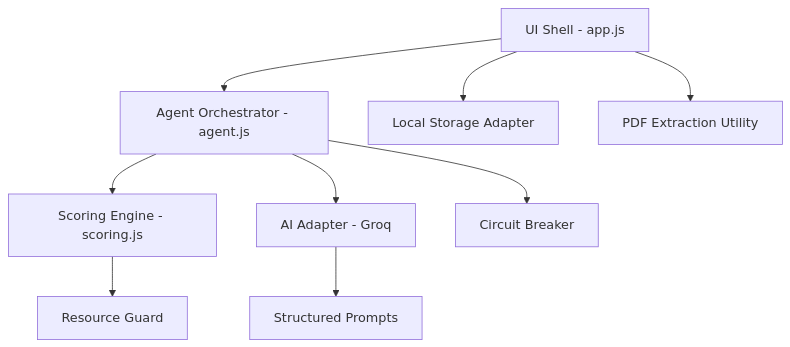
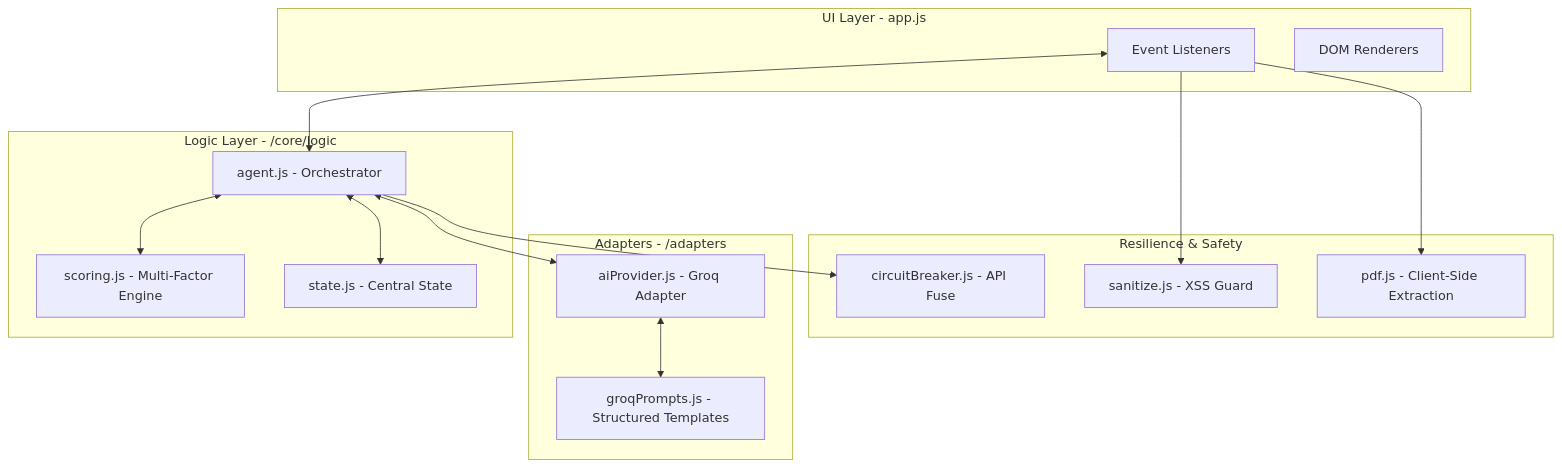
Before and after one commit to r4huldeveloper/skill_pilot: the diagram in README.md, drawn with Mermaid. The commit also changed other lines of this file and 1 other file, not shown here.

````diff
--- a/README.md
+++ b/README.md
@@ -56,11 +60,33 @@
 ```mermaid
 graph TD
-    A[UI Shell - app.js] --> B[Agent Orchestrator - agent.js]
-    B --> C[Scoring Engine - scoring.js]
-    B --> D[AI Adapter - Groq]
-    D --> E[Structured Prompts]
-    A --> F[Local Storage Adapter]
-    A --> G[PDF Extraction Utility]
-    B --> H[Circuit Breaker]
-    C --> I[Resource Guard]
+    subgraph UI_Shell [UI Layer - app.js]
+        A[Event Listeners]
+        B[DOM Renderers]
+    end
+    
+    subgraph Intelligence_Core [Logic Layer - /core/logic]
+        C[agent.js - Orchestrator]
+        D[scoring.js - Multi-Factor Engine]
+        E[state.js - Central State]
+    end
+    
+    subgraph Adapter_Connectivity [Adapters - /adapters]
+        F[aiProvider.js - Groq Adapter]
+        G[groqPrompts.js - Structured Templates]
+    end
+    
+    subgraph Trust_Resilience [Resilience & Safety]
+        H[circuitBreaker.js - API Fuse]
+        I[sanitize.js - XSS Guard]
+        J[pdf.js - Client-Side Extraction]
+    end
+
+    A <--> C
+    C <--> D
+    C <--> E
+    C <--> F
+    F <--> G
+    C --> H
+    A --> I
+    A --> J
 ```
````
